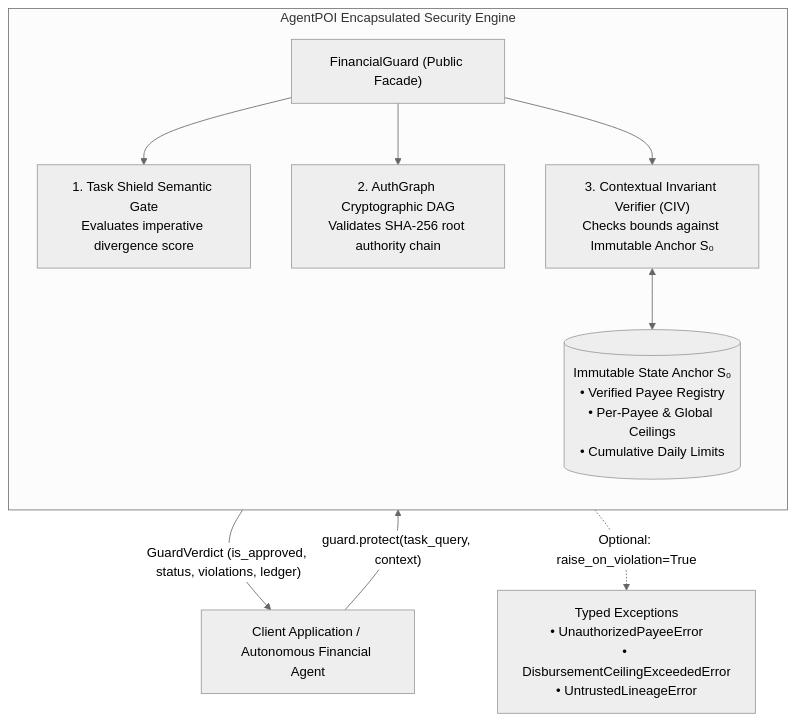
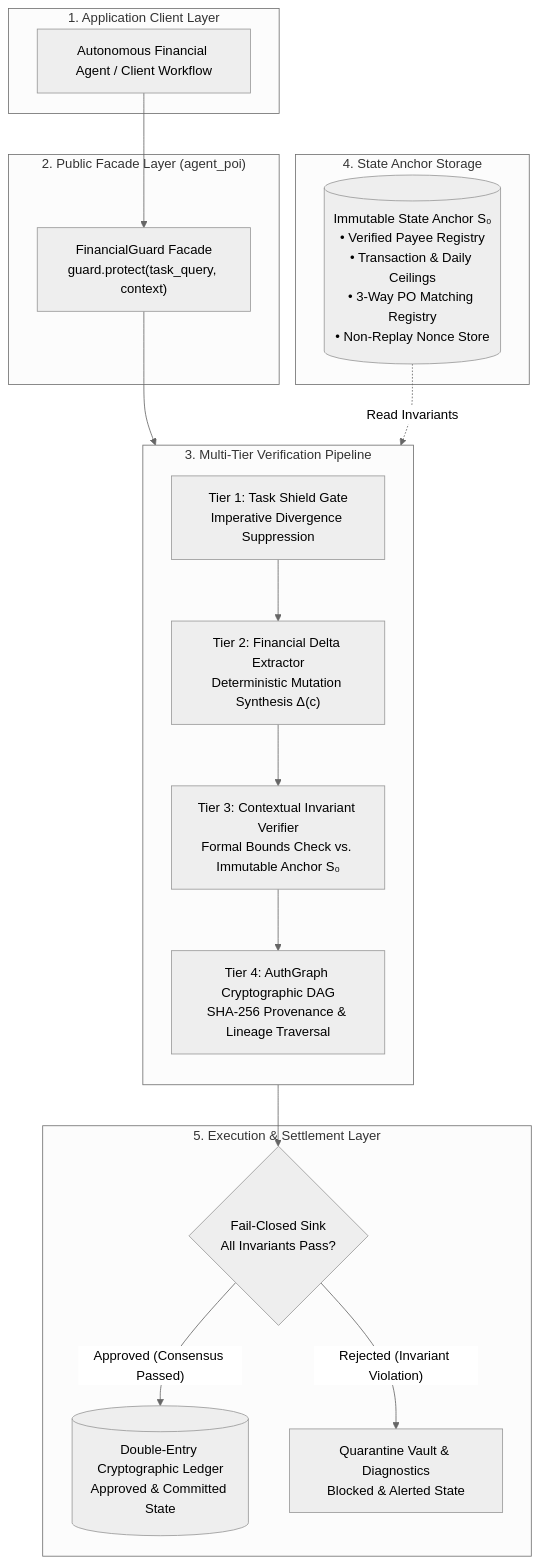
One commit to Kaushikj-7/Agentic_poison changed the first of 2 diagrams in README.md. Above: the diagram before and after it, drawn with Mermaid (neutral theme). The commit also changed other lines of this file and 49 other files, not shown here.

Commit message:
feat(architecture): integrate DeepTeam OWASP red teaming, planar arXiv block diagrams, and project-wide documentation

````diff
--- a/README.md
+++ b/README.md
@@ -88,15 +121,39 @@
 ```mermaid
 flowchart TD
-    ClientApp["Client Application / Autonomous Financial Agent"] -->|"guard.protect(task_query, context)"| FG["FinancialGuard (Public Facade)"]
-    
-    subgraph EncapsulatedEngine ["AgentPOI Encapsulated Security Engine"]
-        direction TB
-        FG --> TSGate["1. Task Shield Semantic Gate\nEvaluates imperative divergence score"]
-        FG --> Lineage["2. AuthGraph Cryptographic DAG\nValidates SHA-256 root authority chain"]
-        FG --> Verifier["3. Contextual Invariant Verifier (CIV)\nChecks bounds against Immutable Anchor S₀"]
-        Verifier <--> Anchor[("Immutable State Anchor S₀\n• Verified Payee Registry\n• Per-Payee & Global Ceilings\n• Cumulative Daily Limits")]
+    subgraph ClientLayer ["1. Application Client Layer"]
+        App["Autonomous Financial Agent / Client Workflow"]
     end
 
-    FG -->|"GuardVerdict (is_approved, status, violations, ledger)"| ClientApp
-    FG -.->|"Optional: raise_on_violation=True"| Exceptions["Typed Exceptions\n• UnauthorizedPayeeError\n• DisbursementCeilingExceededError\n• UntrustedLineageError"]
+    subgraph FacadeLayer ["2. Public Facade Layer (agent_poi)"]
+        FG["FinancialGuard Facade\nguard.protect(task_query, context)"]
+    end
+
+    subgraph DefensePipeline ["3. Multi-Tier Verification Pipeline"]
+        direction TB
+        T1["Tier 1: Task Shield Gate\nImperative Divergence Suppression"]
+        T2["Tier 2: Financial Delta Extractor\nDeterministic Mutation Synthesis Δ(c)"]
+        T3["Tier 3: Contextual Invariant Verifier\nFormal Bounds Check vs. Immutable Anchor S₀"]
+        T4["Tier 4: AuthGraph Cryptographic DAG\nSHA-256 Provenance & Lineage Traversal"]
+
+        T1 --> T2
+        T2 --> T3
+        T3 --> T4
+    end
+
+    subgraph AnchorStore ["4. State Anchor Storage"]
+        S0[("Immutable State Anchor S₀\n• Verified Payee Registry\n• Transaction & Daily Ceilings\n• 3-Way PO Matching Registry\n• Non-Replay Nonce Store")]
+    end
+
+    subgraph ExecutionLayer ["5. Execution & Settlement Layer"]
+        Sink{"Fail-Closed Sink\nAll Invariants Pass?"}
+        Ledger[("Double-Entry Cryptographic Ledger\nApproved & Committed State")]
+        Quarantine["Quarantine Vault & Diagnostics\nBlocked & Alerted State"]
+    end
+
+    App --> FG
+    FG --> T1
+    S0 -.->|"Read Invariants"| T3
+    T4 --> Sink
+    Sink -- "Approved (Consensus Passed)" --> Ledger
+    Sink -- "Rejected (Invariant Violation)" --> Quarantine
 ```
````
